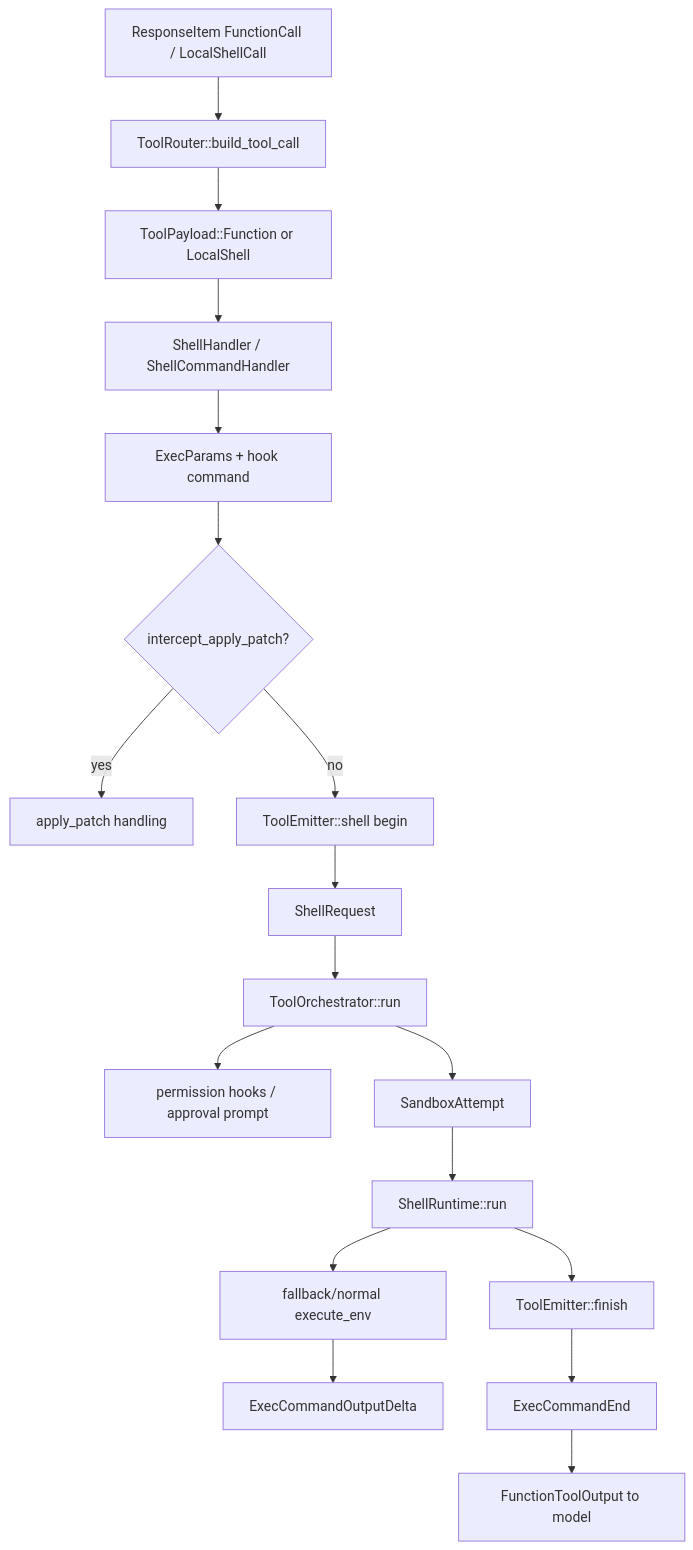
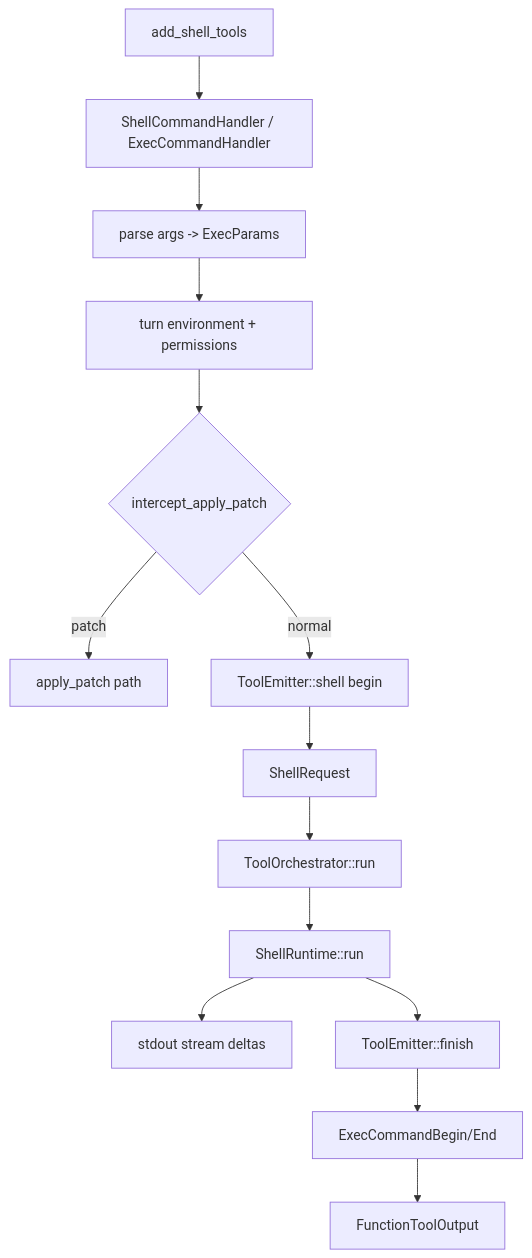
The diagram in docs/llm-wiki/codex/spine/shell-exec-flow.md (wdnmdtonyma/SOTA-Agent-LLM-Wiki), drawn with Mermaid before and after one commit. The commit also changed other lines of this file and 188 other files, not shown here.

````diff
--- a/docs/llm-wiki/codex/spine/shell-exec-flow.md
+++ b/docs/llm-wiki/codex/spine/shell-exec-flow.md
@@ -24,20 +24,16 @@
 ```mermaid
 flowchart TD
-    MODEL["ResponseItem FunctionCall / LocalShellCall"] --> ROUTER["ToolRouter::build_tool_call"]
-    ROUTER --> PAYLOAD["ToolPayload::Function or LocalShell"]
-    PAYLOAD --> HANDLER["ShellHandler / ShellCommandHandler"]
-    HANDLER --> PARAMS["ExecParams + hook command"]
-    PARAMS --> PATCH{"intercept_apply_patch?"}
-    PATCH -->|yes| APPLYPATCH["apply_patch handling"]
-    PATCH -->|no| EMITTER["ToolEmitter::shell begin"]
-    EMITTER --> REQ["ShellRequest"]
+    SPEC["add_shell_tools"] --> HANDLER["ShellCommandHandler / ExecCommandHandler"]
+    HANDLER --> PARAMS["parse args -> ExecParams"]
+    PARAMS --> ENV["turn environment + permissions"]
+    ENV --> PATCH{"intercept_apply_patch"}
+    PATCH -->|patch| APPLY["apply_patch path"]
+    PATCH -->|normal| EMIT["ToolEmitter::shell begin"]
+    EMIT --> REQ["ShellRequest"]
     REQ --> ORCH["ToolOrchestrator::run"]
-    ORCH --> APPROVAL["permission hooks / approval prompt"]
-    ORCH --> ATTEMPT["SandboxAttempt"]
-    ATTEMPT --> RUNTIME["ShellRuntime::run"]
-    RUNTIME --> EXECENV["fallback/normal execute_env"]
-    EXECENV --> DELTA["ExecCommandOutputDelta"]
+    ORCH --> RUNTIME["ShellRuntime::run"]
+    RUNTIME --> STDOUT["stdout stream deltas"]
     RUNTIME --> FINISH["ToolEmitter::finish"]
-    FINISH --> END["ExecCommandEnd"]
-    END --> MODEL_OUT["FunctionToolOutput to model"]
+    FINISH --> EVENTS["ExecCommandBegin/End"]
+    EVENTS --> MODEL["FunctionToolOutput"]
 ```
````
